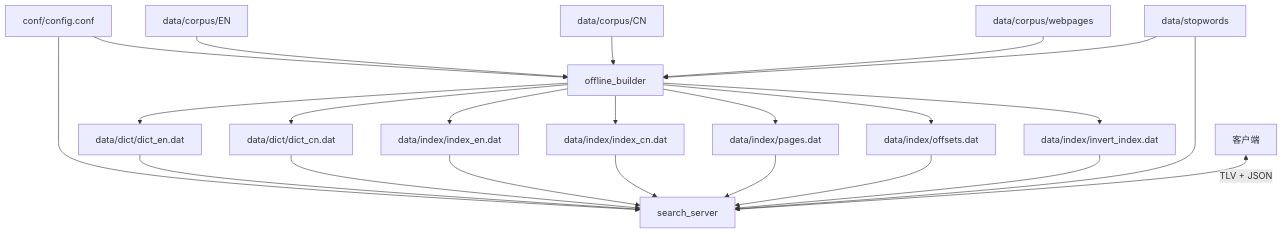
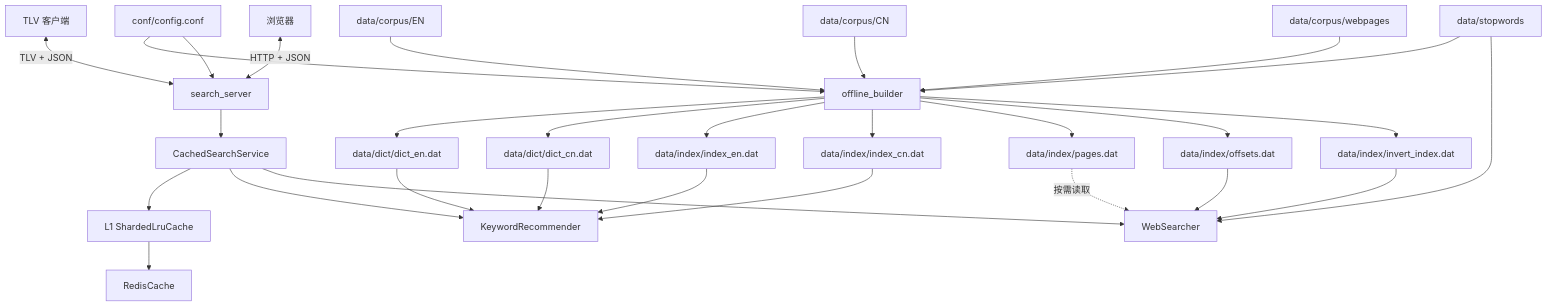
One commit to dijk4tra/Cpp_Advanced changed the first of 11 diagrams in 课件/07_搜索引擎项目/03_SearchEngine_V3/README.md. Above: the diagram before and after it, drawn with Mermaid. The commit also changed other lines of this file and 80 other files, not shown here.

````diff
--- a/课件/07_搜索引擎项目/03_SearchEngine_V3/README.md
+++ b/课件/07_搜索引擎项目/03_SearchEngine_V3/README.md
@@ -28,29 +41,36 @@
 ```mermaid
 flowchart TD
     CFG[conf/config.conf] --> OFF[offline_builder]
     CFG --> ON[search_server]
 
     ENC[data/corpus/EN] --> OFF
     CNC[data/corpus/CN] --> OFF
     WEB[data/corpus/webpages] --> OFF
     SW[data/stopwords] --> OFF
 
     OFF --> ED[data/dict/dict_en.dat]
     OFF --> CD[data/dict/dict_cn.dat]
     OFF --> EI[data/index/index_en.dat]
     OFF --> CI[data/index/index_cn.dat]
     OFF --> P[data/index/pages.dat]
     OFF --> O[data/index/offsets.dat]
     OFF --> INV[data/index/invert_index.dat]
 
-    ED --> ON
-    CD --> ON
-    EI --> ON
-    CI --> ON
-    P --> ON
-    O --> ON
-    INV --> ON
-    SW --> ON
+    Client[TLV 客户端] <-->|TLV + JSON| ON
+    Browser[浏览器] <-->|HTTP + JSON| ON
 
-    Client[客户端] <-->|TLV + JSON| ON
+    ON --> CACHED[CachedSearchService]
+    CACHED --> L1[L1 ShardedLruCache]
+    L1 --> L2[RedisCache]
+    CACHED --> REC[KeywordRecommender]
+    CACHED --> SEARCH[WebSearcher]
+
+    ED --> REC
+    CD --> REC
+    EI --> REC
+    CI --> REC
+    INV --> SEARCH
+    O --> SEARCH
+    P -.按需读取.-> SEARCH
+    SW --> SEARCH
 ```
````
